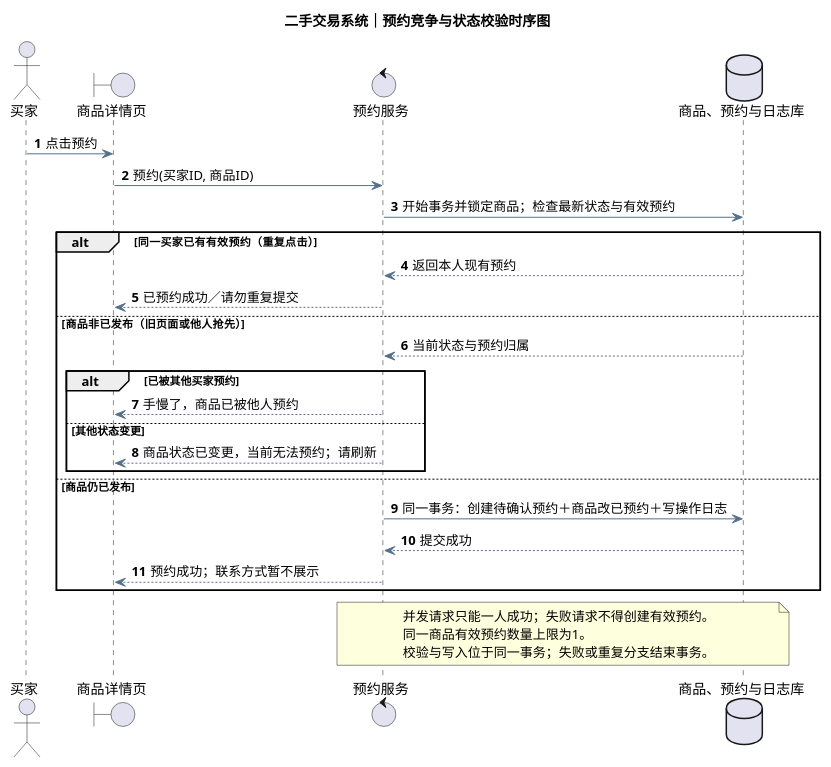
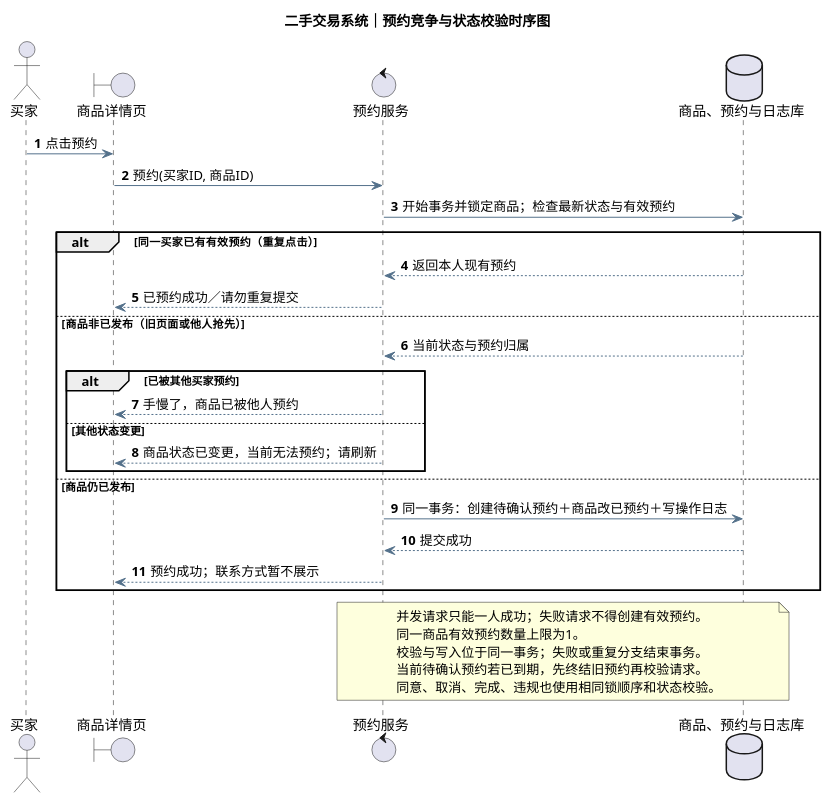
One commit to wxdwxdwxdzxzx/software-engineering-labs changed the diagram in 实验二/UML/UML时序图.puml. Above: the diagram before and after it, drawn with PlantUML. The commit also changed 9 other files, not shown here.

```diff
--- a/实验二/UML/UML时序图.puml
+++ b/实验二/UML/UML时序图.puml
@@ -1,38 +1,40 @@
 @startuml
 title 二手交易系统｜预约竞争与状态校验时序图
 skinparam defaultFontName Microsoft YaHei
 skinparam backgroundColor #FFFFFF
 skinparam sequenceParticipantBackgroundColor #F3F8FC
 skinparam sequenceParticipantBorderColor #355C7D
 skinparam ArrowColor #54718B
 skinparam shadowing false
 autonumber
 actor 买家
 boundary 商品详情页 as UI
 control 预约服务 as Service
 database "商品、预约与日志库" as DB
 
 买家 -> UI : 点击预约
 UI -> Service : 预约(买家ID, 商品ID)
 Service -> DB : 开始事务并锁定商品；检查最新状态与有效预约
 alt 同一买家已有有效预约（重复点击）
   DB --> Service : 返回本人现有预约
   Service --> UI : 已预约成功／请勿重复提交
 else 商品非已发布（旧页面或他人抢先）
   DB --> Service : 当前状态与预约归属
   alt 已被其他买家预约
     Service --> UI : 手慢了，商品已被他人预约
   else 其他状态变更
     Service --> UI : 商品状态已变更，当前无法预约；请刷新
   end
 else 商品仍已发布
   Service -> DB : 同一事务：创建待确认预约＋商品改已预约＋写操作日志
   DB --> Service : 提交成功
   Service --> UI : 预约成功；联系方式暂不展示
 end
 note over Service,DB
   并发请求只能一人成功；失败请求不得创建有效预约。
   同一商品有效预约数量上限为1。
   校验与写入位于同一事务；失败或重复分支结束事务。
+  当前待确认预约若已到期，先终结旧预约再校验请求。
+  同意、取消、完成、违规也使用相同锁顺序和状态校验。
 end note
 @enduml
```
